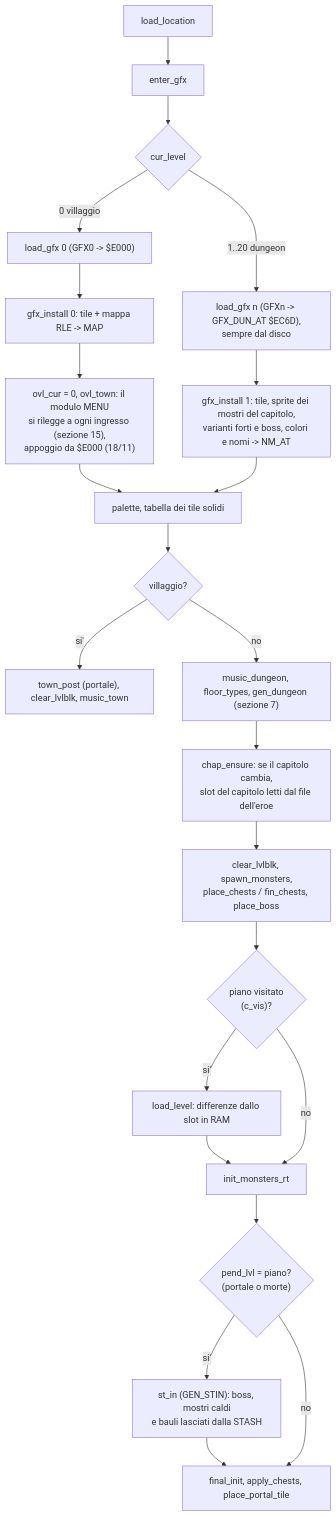
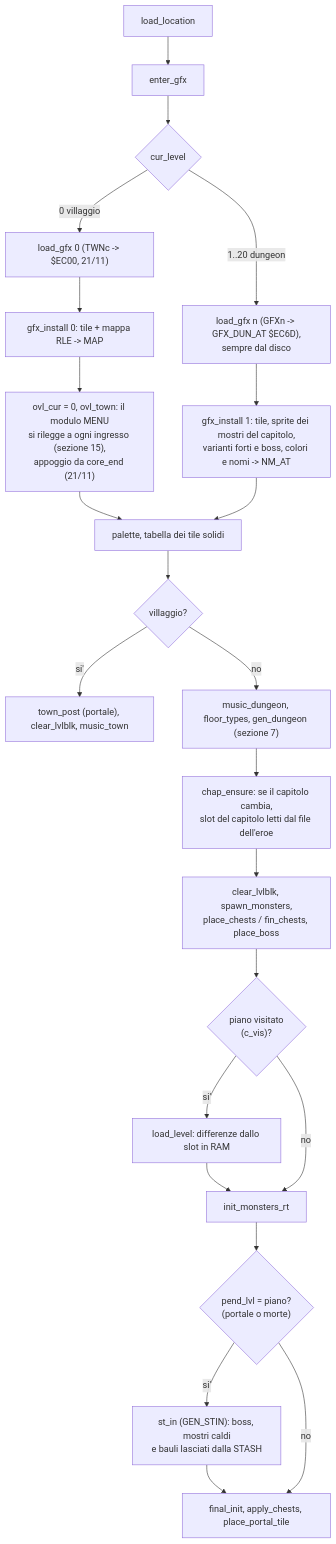
One commit to caporalesimone/barbarian-the-blood-path changed the seventh of 18 diagrams in docs/wiki/flussi.md. Above: the diagram before and after it, drawn with Mermaid. The commit also changed other lines of this file and 31 other files, not shown here.

````diff
--- a/docs/wiki/flussi.md
+++ b/docs/wiki/flussi.md
@@ -177,23 +177,23 @@
 ```mermaid
 flowchart TD
     LL["load_location"] --> EG["enter_gfx"]
     EG --> V{"cur_level"}
-    V -->|"0 villaggio"| LG0["load_gfx 0 (GFX0 -> $E000)"] --> GI0
+    V -->|"0 villaggio"| LG0["load_gfx 0 (TWNc -> $EC00, 21/11)"] --> GI0
     GI0["gfx_install 0: tile + mappa RLE -> MAP"] --> MN
-    MN["ovl_cur = 0, ovl_town: il modulo MENU<br/>si rilegge a ogni ingresso (sezione 15),<br/>appoggio da $E000 (18/11)"]
+    MN["ovl_cur = 0, ovl_town: il modulo MENU<br/>si rilegge a ogni ingresso (sezione 15),<br/>appoggio da core_end (21/11)"]
     V -->|"1..20 dungeon"| LGN["load_gfx n (GFXn -> GFX_DUN_AT $EC6D),<br/>sempre dal disco"]
     LGN --> GI1["gfx_install 1: tile, sprite dei mostri del capitolo,<br/>varianti forti e boss, colori e nomi -> NM_AT"]
     MN --> PAL["palette, tabella dei tile solidi"]
     GI1 --> PAL
     PAL --> W2{"villaggio?"}
     W2 -->|si'| TP["town_post (portale), clear_lvlblk, music_town"]
     W2 -->|no| DG["music_dungeon, floor_types, gen_dungeon (sezione 7)"]
     DG --> CE["chap_ensure: se il capitolo cambia,<br/>slot del capitolo letti dal file dell'eroe"]
     CE --> CLR["clear_lvlblk, spawn_monsters,<br/>place_chests / fin_chests, place_boss"]
     CLR --> VB{"piano visitato<br/>(c_vis)?"}
     VB -->|si'| LDL["load_level: differenze dallo slot in RAM"] --> IR
     VB -->|no| IR["init_monsters_rt"]
     IR --> PE{"pend_lvl = piano?<br/>(portale o morte)"}
     PE -->|"si'"| MEM["st_in (GEN_STIN): boss, mostri caldi<br/>e bauli lasciati dalla STASH"] --> FI
     PE -->|no| FI["final_init, apply_chests, place_portal_tile"]
 ```
````
